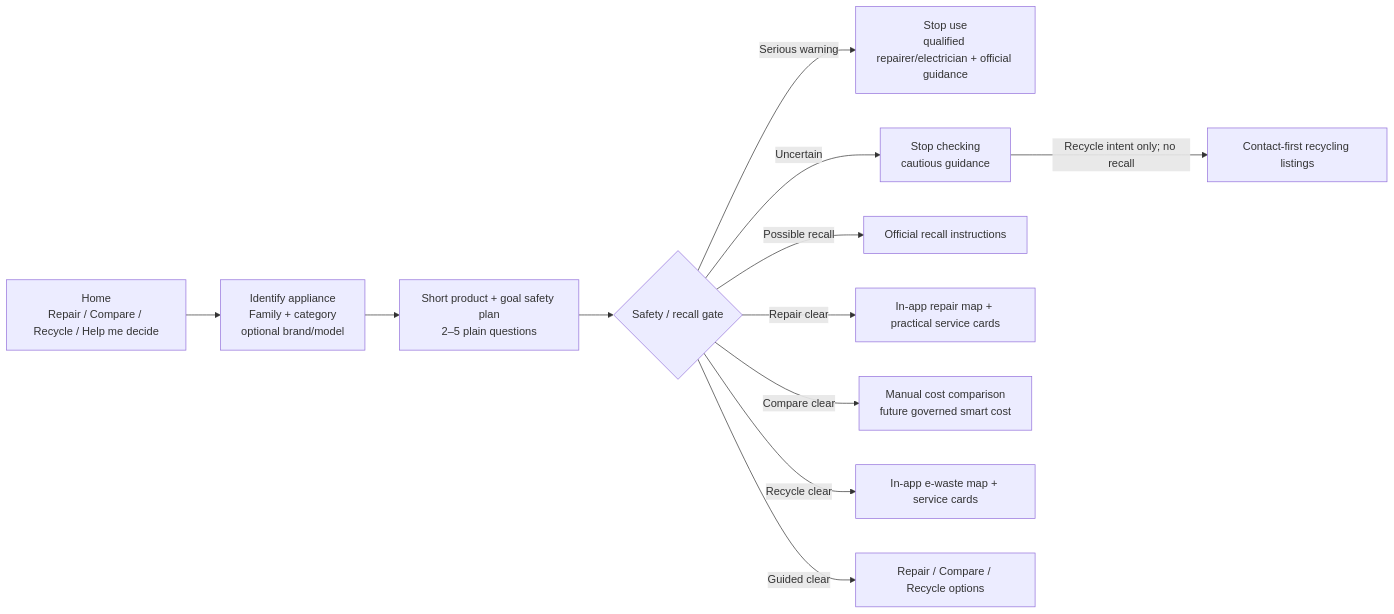
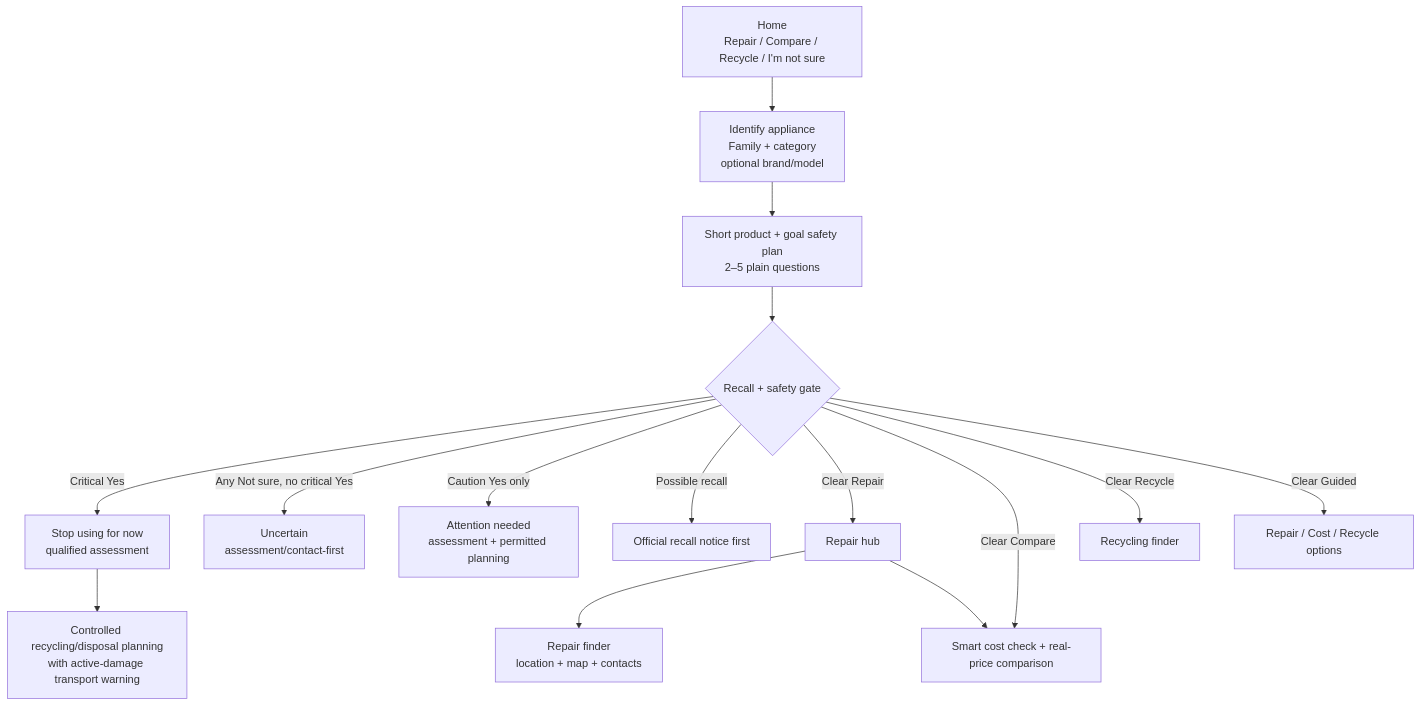
Before and after one commit to dilan-monash/fix-forward: the first of 3 diagrams in docs/ARCHITECTURE_I1_REDESIGN.md, drawn with Mermaid. The commit also changed other lines of this file and 25 other files, not shown here.

````diff
--- a/docs/ARCHITECTURE_I1_REDESIGN.md
+++ b/docs/ARCHITECTURE_I1_REDESIGN.md
@@ -5,14 +5,20 @@
 ```mermaid
-flowchart LR
-    H[Home\nRepair / Compare / Recycle / Help me decide] --> I[Identify appliance\nFamily + category\noptional brand/model]
+flowchart TD
+    H[Home\nRepair / Compare / Recycle / I'm not sure] --> I[Identify appliance\nFamily + category\noptional brand/model]
     I --> Q[Short product + goal safety plan\n2–5 plain questions]
-    Q --> D{Safety / recall gate}
-    D -->|Serious warning| S[Stop use\nqualified repairer/electrician + official guidance]
-    D -->|Uncertain| U[Stop checking\ncautious guidance]
-    D -->|Possible recall| R[Official recall instructions]
-    D -->|Repair clear| M[In-app repair map + practical service cards]
-    D -->|Compare clear| C[Manual cost comparison\nfuture governed smart cost]
-    D -->|Recycle clear| W[In-app e-waste map + service cards]
-    D -->|Guided clear| O[Repair / Compare / Recycle options]
-    U -->|Recycle intent only; no recall| WC[Contact-first recycling listings]
+    Q --> D{Recall + safety gate}
+
+    D -->|Critical Yes| S[Stop using for now\nqualified assessment]
+    S --> SR[Controlled recycling/disposal planning\nwith active-damage transport warning]
+
+    D -->|Any Not sure, no critical Yes| U[Uncertain\nassessment/contact-first]
+    D -->|Caution Yes only| A[Attention needed\nassessment + permitted planning]
+    D -->|Possible recall| R[Official recall notice first]
+    D -->|Clear Repair| RH[Repair hub]
+    D -->|Clear Compare| C[Smart cost check + real-price comparison]
+    D -->|Clear Recycle| W[Recycling finder]
+    D -->|Clear Guided| O[Repair / Cost / Recycle options]
+
+    RH --> M[Repair finder\nlocation + map + contacts]
+    RH --> C
 ```
````
